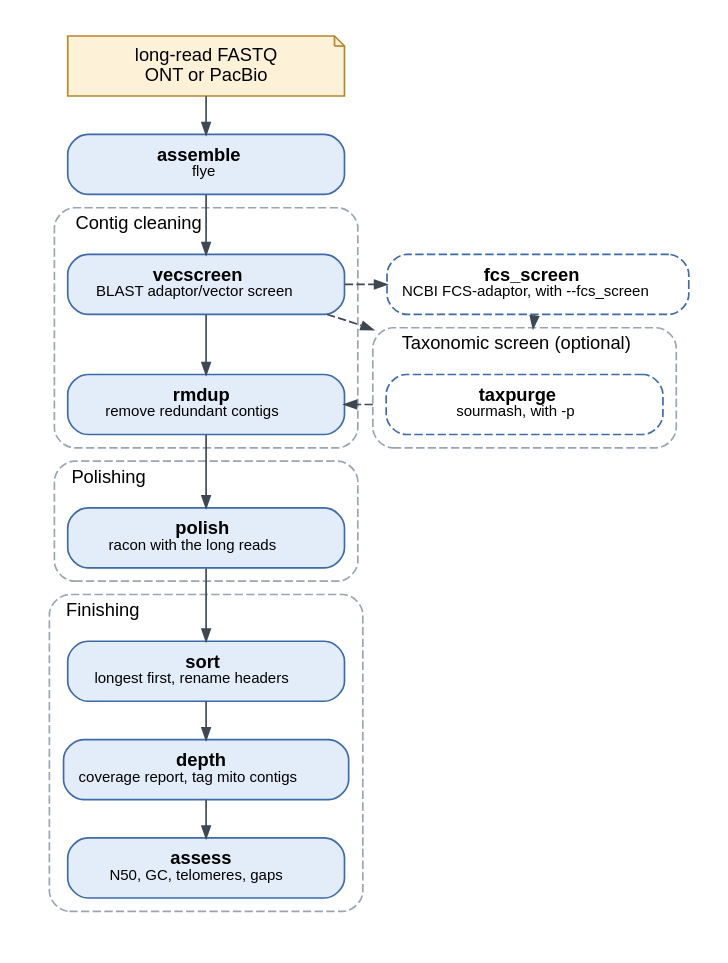
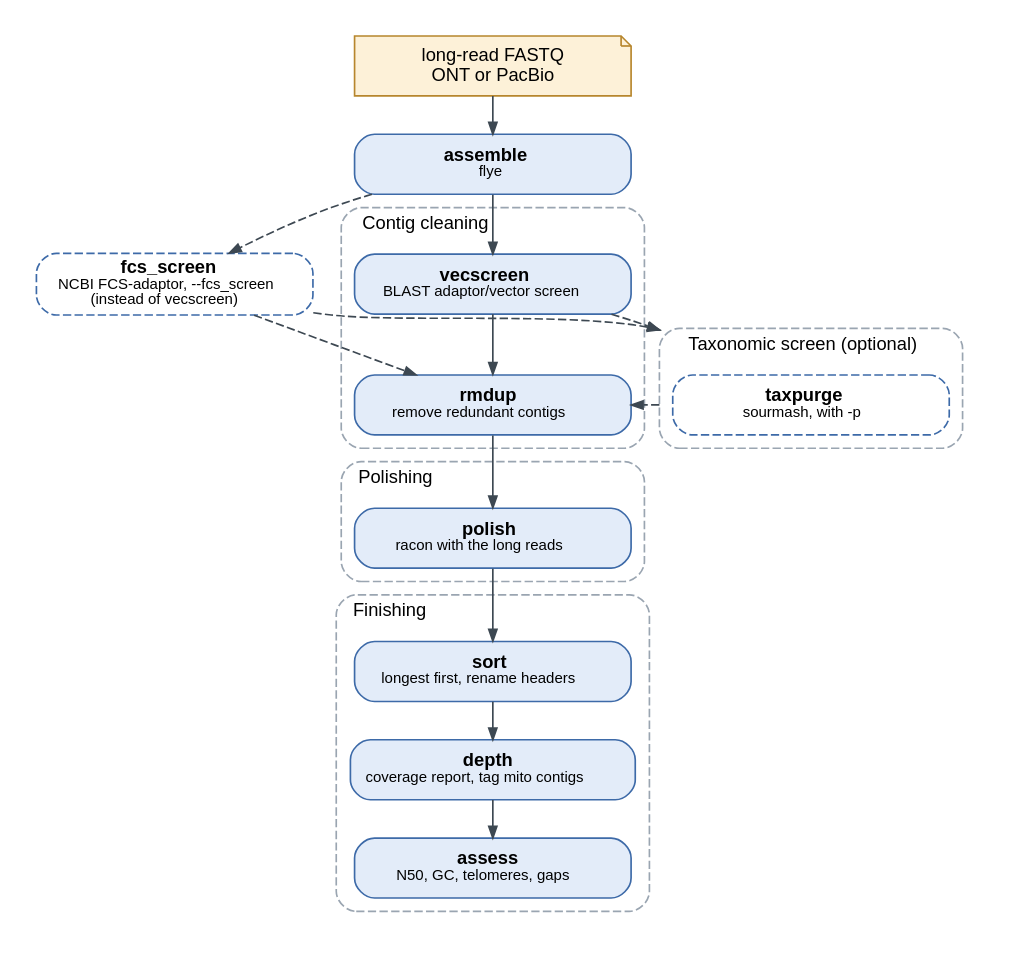
Before and after one commit to stajichlab/AAFTF: the second of 3 diagrams in docs/workflow.rst, drawn with Graphviz. The commit also changed other lines of this file and 8 other files, not shown here.

Commit message:
Update documentation and pipeline to replace vecscreen with fcs_screen for adaptor screening

```diff
--- a/docs/workflow.rst
+++ b/docs/workflow.rst
@@ -175,34 +177,35 @@
 .. graphviz::
    :align: center
 
    digraph pipeline_long {
        graph [compound=true, bgcolor="white", pad="0.2", fontname="Helvetica", fontsize=11, nodesep=0.35, ranksep=0.32, newrank=true, labeljust=l, color="#9aa5b1", style="rounded,dashed"]
        node [shape=box, style="rounded,filled", fillcolor="#e3ecf9", color="#3d6aa8", fontname="Helvetica", fontsize=11, width=2.3, height=0.5, margin="0.12,0.05"]
        edge [color="#3d4852", arrowsize=0.7, fontname="Helvetica", fontsize=9, fontcolor="#5f6b7a"]
        reads [label="long-read FASTQ\nONT or PacBio", shape=note, fillcolor="#fdf1d8", color="#b7862d"]
        assemble [label=<<b>assemble</b><br/><font point-size="9">flye</font>>]
        subgraph cluster_clean { label="Contig cleaning"
            vecscreen [label=<<b>vecscreen</b><br/><font point-size="9">BLAST adaptor/vector screen</font>>]
            rmdup [label=<<b>rmdup</b><br/><font point-size="9">remove redundant contigs</font>>]
        }
        subgraph cluster_taxonomy { label="Taxonomic screen (optional)"
            taxpurge [label=<<b>taxpurge</b><br/><font point-size="9">sourmash, with -p</font>>, style="rounded,dashed", fillcolor=white]
        }
-       fcs_screen [label=<<b>fcs_screen</b><br/><font point-size="9">NCBI FCS-adaptor, with --fcs_screen</font>>, style="rounded,dashed", fillcolor=white]
+       fcs_screen [label=<<b>fcs_screen</b><br/><font point-size="9">NCBI FCS-adaptor, --fcs_screen<br/>(instead of vecscreen)</font>>, style="rounded,dashed", fillcolor=white]
        subgraph cluster_polish { label="Polishing"
            racon [label=<<b>polish</b><br/><font point-size="9">racon with the long reads</font>>]
        }
        subgraph cluster_finish { label="Finishing"
            sort [label=<<b>sort</b><br/><font point-size="9">longest first, rename headers</font>>]
            depth [label=<<b>depth</b><br/><font point-size="9">coverage report, tag mito contigs</font>>]
            assess [label=<<b>assess</b><br/><font point-size="9">N50, GC, telomeres, gaps</font>>]
        }
 
        reads -> assemble -> vecscreen -> rmdup -> racon -> sort -> depth -> assess [weight=10]
-       vecscreen -> fcs_screen [style=dashed]
+       assemble -> fcs_screen [style=dashed]
+       fcs_screen -> rmdup [style=dashed]
        {rank=same; vecscreen; fcs_screen}
        vecscreen -> taxpurge [style=dashed, lhead=cluster_taxonomy]
        fcs_screen -> taxpurge [style=dashed, lhead=cluster_taxonomy, constraint=false]
        taxpurge -> rmdup [style=dashed, ltail=cluster_taxonomy]
        {rank=same; rmdup; taxpurge}
    }
```
